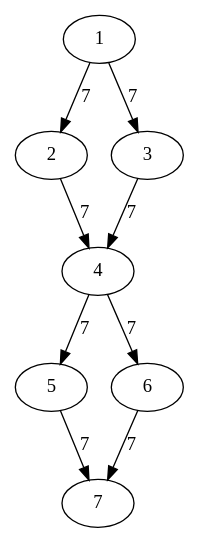
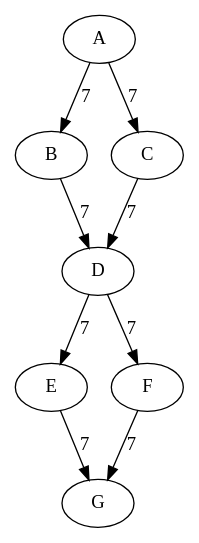
Before and after one commit to GArad89/model_exploration: the diagram in engine/dot/g2.dot, drawn with Graphviz. The commit also changed 3 other files, not shown here.

```diff
--- a/engine/dot/g2.dot
+++ b/engine/dot/g2.dot
@@ -1,13 +1,19 @@
 digraph A {
-
+"1" [label=A,weight=7];
+"2" [label=B,weight=7];
+"3" [label=C,weight=7];
+"4" [label=D,weight=7];
+"5" [label=E,weight=7];
+"6" [label=F,weight=7];
+"7" [label=G,weight=7];
 
 "1" -> "2"[label="7",weight=7];
 "3" -> "4"[label="7",weight=7];
 "1" -> "3"[label="7",weight=7];
 "2" -> "4"[label="7",weight=7];
 "4" -> "5"[label="7",weight=7];
 "4" -> "6"[label="7",weight=7];
 "5" -> "7"[label="7",weight=7];
 "6" -> "7"[label="7",weight=7];
 
 }
```
